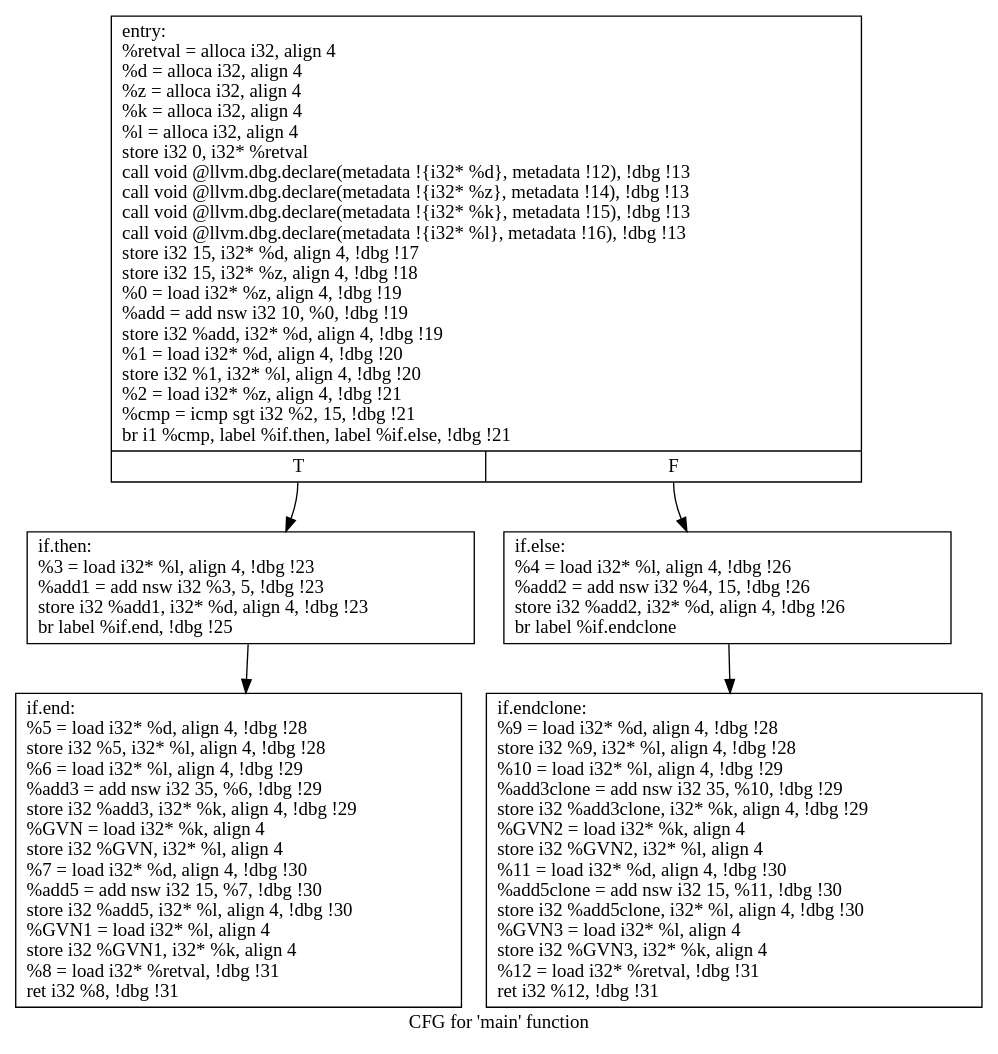
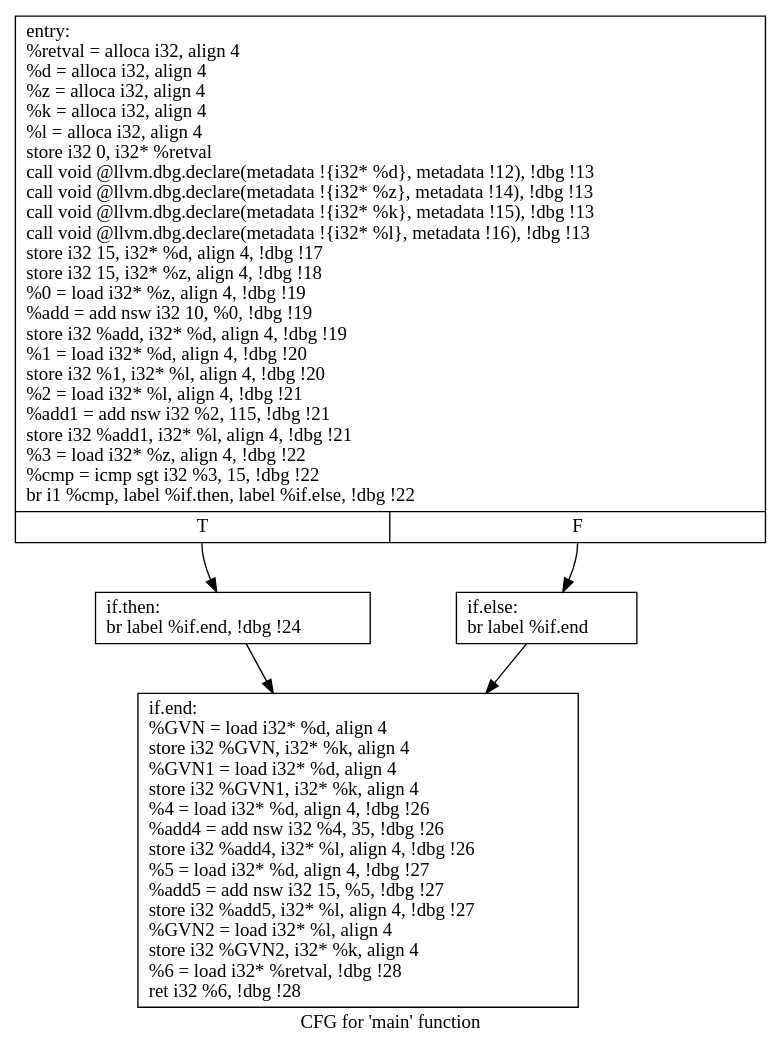
The diagram in Work/Pass/Part 3/Combine/cfg.main.dot (ddr2108/CS6241-Array_Bounding), drawn with Graphviz before and after one commit. The commit also changed 1 other file, not shown here.

Commit message:
Bug Fixes for GVN

```diff
--- a/Work/Pass/Part 3/Combine/cfg.main.dot
+++ b/Work/Pass/Part 3/Combine/cfg.main.dot
@@ -1,13 +1,12 @@
 digraph "CFG for 'main' function" {
 	label="CFG for 'main' function";
 
-	Node0x1cdfd40 [shape=record,label="{entry:\l  %retval = alloca i32, align 4\l  %d = alloca i32, align 4\l  %z = alloca i32, align 4\l  %k = alloca i32, align 4\l  %l = alloca i32, align 4\l  store i32 0, i32* %retval\l  call void @llvm.dbg.declare(metadata !\{i32* %d\}, metadata !12), !dbg !13\l  call void @llvm.dbg.declare(metadata !\{i32* %z\}, metadata !14), !dbg !13\l  call void @llvm.dbg.declare(metadata !\{i32* %k\}, metadata !15), !dbg !13\l  call void @llvm.dbg.declare(metadata !\{i32* %l\}, metadata !16), !dbg !13\l  store i32 15, i32* %d, align 4, !dbg !17\l  store i32 15, i32* %z, align 4, !dbg !18\l  %0 = load i32* %z, align 4, !dbg !19\l  %add = add nsw i32 10, %0, !dbg !19\l  store i32 %add, i32* %d, align 4, !dbg !19\l  %1 = load i32* %d, align 4, !dbg !20\l  store i32 %1, i32* %l, align 4, !dbg !20\l  %2 = load i32* %z, align 4, !dbg !21\l  %cmp = icmp sgt i32 %2, 15, !dbg !21\l  br i1 %cmp, label %if.then, label %if.else, !dbg !21\l|{<s0>T|<s1>F}}"];
-	Node0x1cdfd40:s0 -> Node0x1cdf160;
-	Node0x1cdfd40:s1 -> Node0x1ce0430;
-	Node0x1cdf160 [shape=record,label="{if.then:                                          \l  %3 = load i32* %l, align 4, !dbg !23\l  %add1 = add nsw i32 %3, 5, !dbg !23\l  store i32 %add1, i32* %d, align 4, !dbg !23\l  br label %if.end, !dbg !25\l}"];
-	Node0x1cdf160 -> Node0x1cdb860;
-	Node0x1ce0430 [shape=record,label="{if.else:                                          \l  %4 = load i32* %l, align 4, !dbg !26\l  %add2 = add nsw i32 %4, 15, !dbg !26\l  store i32 %add2, i32* %d, align 4, !dbg !26\l  br label %if.endclone\l}"];
-	Node0x1ce0430 -> Node0x1d01740;
-	Node0x1cdb860 [shape=record,label="{if.end:                                           \l  %5 = load i32* %d, align 4, !dbg !28\l  store i32 %5, i32* %l, align 4, !dbg !28\l  %6 = load i32* %l, align 4, !dbg !29\l  %add3 = add nsw i32 35, %6, !dbg !29\l  store i32 %add3, i32* %k, align 4, !dbg !29\l  %GVN = load i32* %k, align 4\l  store i32 %GVN, i32* %l, align 4\l  %7 = load i32* %d, align 4, !dbg !30\l  %add5 = add nsw i32 15, %7, !dbg !30\l  store i32 %add5, i32* %l, align 4, !dbg !30\l  %GVN1 = load i32* %l, align 4\l  store i32 %GVN1, i32* %k, align 4\l  %8 = load i32* %retval, !dbg !31\l  ret i32 %8, !dbg !31\l}"];
-	Node0x1d01740 [shape=record,label="{if.endclone:                                      \l  %9 = load i32* %d, align 4, !dbg !28\l  store i32 %9, i32* %l, align 4, !dbg !28\l  %10 = load i32* %l, align 4, !dbg !29\l  %add3clone = add nsw i32 35, %10, !dbg !29\l  store i32 %add3clone, i32* %k, align 4, !dbg !29\l  %GVN2 = load i32* %k, align 4\l  store i32 %GVN2, i32* %l, align 4\l  %11 = load i32* %d, align 4, !dbg !30\l  %add5clone = add nsw i32 15, %11, !dbg !30\l  store i32 %add5clone, i32* %l, align 4, !dbg !30\l  %GVN3 = load i32* %l, align 4\l  store i32 %GVN3, i32* %k, align 4\l  %12 = load i32* %retval, !dbg !31\l  ret i32 %12, !dbg !31\l}"];
+	Node0x2bc8d10 [shape=record,label="{entry:\l  %retval = alloca i32, align 4\l  %d = alloca i32, align 4\l  %z = alloca i32, align 4\l  %k = alloca i32, align 4\l  %l = alloca i32, align 4\l  store i32 0, i32* %retval\l  call void @llvm.dbg.declare(metadata !\{i32* %d\}, metadata !12), !dbg !13\l  call void @llvm.dbg.declare(metadata !\{i32* %z\}, metadata !14), !dbg !13\l  call void @llvm.dbg.declare(metadata !\{i32* %k\}, metadata !15), !dbg !13\l  call void @llvm.dbg.declare(metadata !\{i32* %l\}, metadata !16), !dbg !13\l  store i32 15, i32* %d, align 4, !dbg !17\l  store i32 15, i32* %z, align 4, !dbg !18\l  %0 = load i32* %z, align 4, !dbg !19\l  %add = add nsw i32 10, %0, !dbg !19\l  store i32 %add, i32* %d, align 4, !dbg !19\l  %1 = load i32* %d, align 4, !dbg !20\l  store i32 %1, i32* %l, align 4, !dbg !20\l  %2 = load i32* %l, align 4, !dbg !21\l  %add1 = add nsw i32 %2, 115, !dbg !21\l  store i32 %add1, i32* %l, align 4, !dbg !21\l  %3 = load i32* %z, align 4, !dbg !22\l  %cmp = icmp sgt i32 %3, 15, !dbg !22\l  br i1 %cmp, label %if.then, label %if.else, !dbg !22\l|{<s0>T|<s1>F}}"];
+	Node0x2bc8d10:s0 -> Node0x2bc9420;
+	Node0x2bc8d10:s1 -> Node0x2bc4750;
+	Node0x2bc9420 [shape=record,label="{if.then:                                          \l  br label %if.end, !dbg !24\l}"];
+	Node0x2bc9420 -> Node0x2bc47b0;
+	Node0x2bc4750 [shape=record,label="{if.else:                                          \l  br label %if.end\l}"];
+	Node0x2bc4750 -> Node0x2bc47b0;
+	Node0x2bc47b0 [shape=record,label="{if.end:                                           \l  %GVN = load i32* %d, align 4\l  store i32 %GVN, i32* %k, align 4\l  %GVN1 = load i32* %d, align 4\l  store i32 %GVN1, i32* %k, align 4\l  %4 = load i32* %d, align 4, !dbg !26\l  %add4 = add nsw i32 %4, 35, !dbg !26\l  store i32 %add4, i32* %l, align 4, !dbg !26\l  %5 = load i32* %d, align 4, !dbg !27\l  %add5 = add nsw i32 15, %5, !dbg !27\l  store i32 %add5, i32* %l, align 4, !dbg !27\l  %GVN2 = load i32* %l, align 4\l  store i32 %GVN2, i32* %k, align 4\l  %6 = load i32* %retval, !dbg !28\l  ret i32 %6, !dbg !28\l}"];
 }
```
